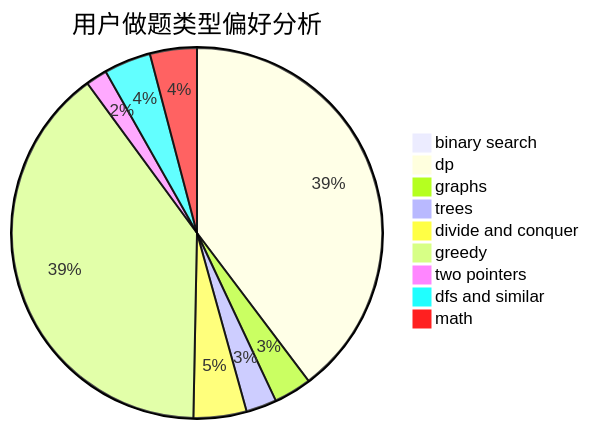
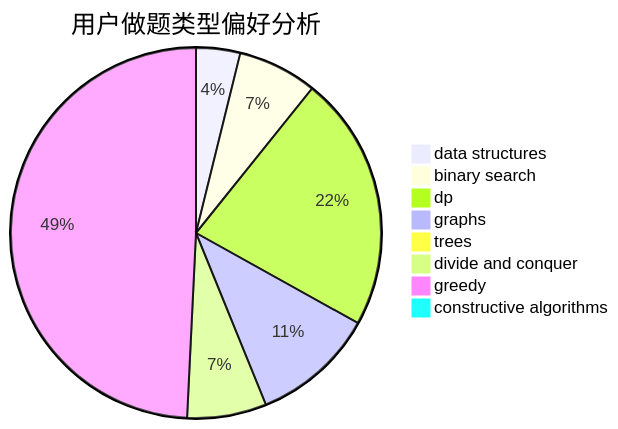
One commit to sherpahu/cfrs.github.io changed the second of 3 diagrams in docs/user/u528.md. Above: the diagram before and after it, drawn with Mermaid. The commit also changed other lines of this file and 2775 other files, not shown here.

````diff
--- a/docs/user/u528.md
+++ b/docs/user/u528.md
@@ -23,12 +23,11 @@
 ```mermaid
 pie title 用户做题类型偏好分析
+    "data structures" :  5
     "binary search" :  9
-    "dp" :  446
-    "graphs" :  37
-    "trees" :  30
-    "divide and conquer" :  52
-    "greedy" :  445
-    "two pointers" :  21
-    "dfs and similar" :  46
-    "math" :  46
+    "dp" :  29
+    "graphs" :  14
+    "trees" :  0
+    "divide and conquer" :  9
+    "greedy" :  64
+    "constructive algorithms" :  0
 ```
````
